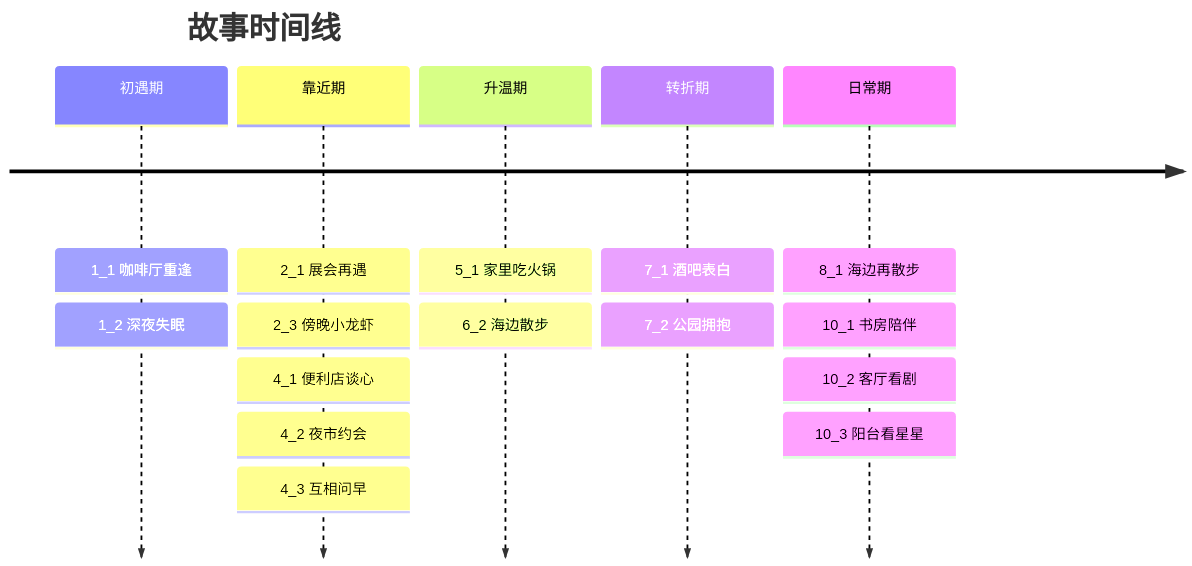
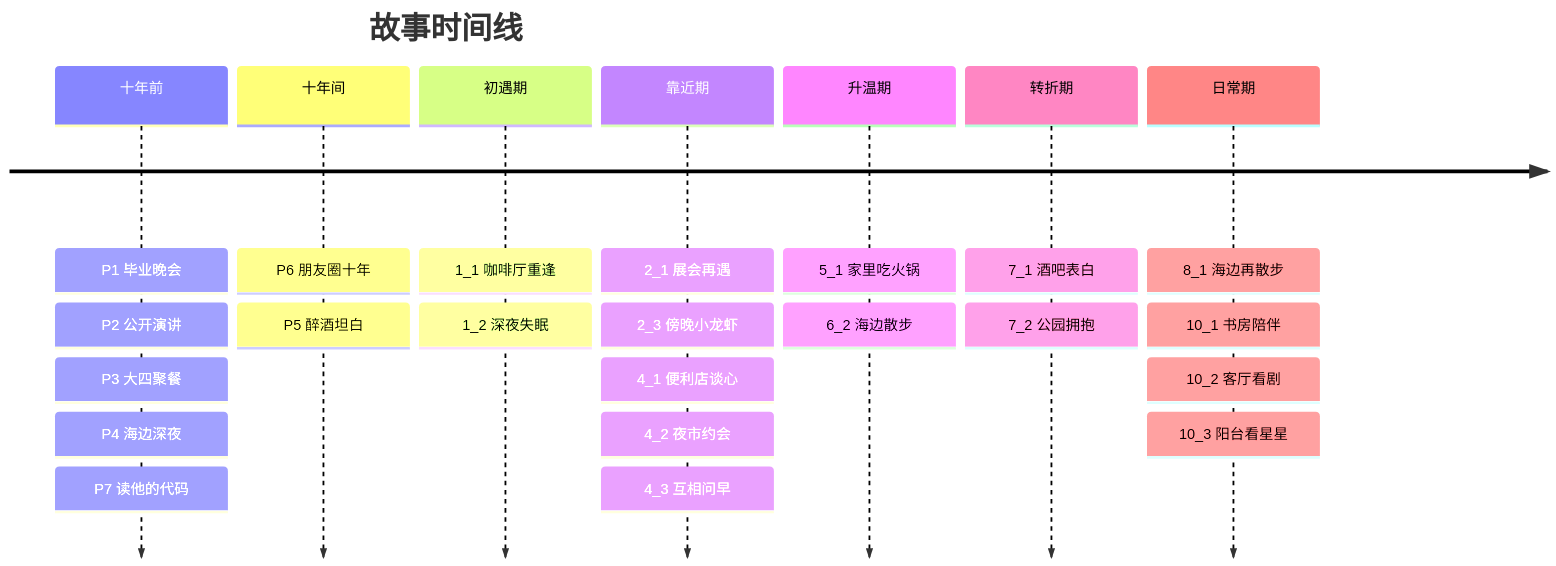
The fourth of 5 diagrams in examples/scene-graph/README.md (quanttide/quanttide-example-of-founder), drawn with Mermaid before and after one commit. The commit also changed other lines of this file and 2 other files, not shown here.

Commit message:
docs: add prequel iceberg model to scene graph

````diff
--- a/examples/scene-graph/README.md
+++ b/examples/scene-graph/README.md
@@ -104,19 +169,11 @@
 ```mermaid
 timeline
     title 故事时间线
-    初遇期 : 1_1 咖啡厅重逢
-            : 1_2 深夜失眠
-    靠近期 : 2_1 展会再遇
-            : 2_3 傍晚小龙虾
-            : 4_1 便利店谈心
-            : 4_2 夜市约会
-            : 4_3 互相问早
-    升温期 : 5_1 家里吃火锅
-            : 6_2 海边散步
-    转折期 : 7_1 酒吧表白
-            : 7_2 公园拥抱
-    日常期 : 8_1 海边再散步
-            : 10_1 书房陪伴
-            : 10_2 客厅看剧
-            : 10_3 阳台看星星
+    十年前 : P1 毕业晚会 : P2 公开演讲 : P3 大四聚餐 : P4 海边深夜 : P7 读他的代码
+    十年间 : P6 朋友圈十年 : P5 醉酒坦白
+    初遇期 : 1_1 咖啡厅重逢 : 1_2 深夜失眠
+    靠近期 : 2_1 展会再遇 : 2_3 傍晚小龙虾 : 4_1 便利店谈心 : 4_2 夜市约会 : 4_3 互相问早
+    升温期 : 5_1 家里吃火锅 : 6_2 海边散步
+    转折期 : 7_1 酒吧表白 : 7_2 公园拥抱
+    日常期 : 8_1 海边再散步 : 10_1 书房陪伴 : 10_2 客厅看剧 : 10_3 阳台看星星
 ```
````
